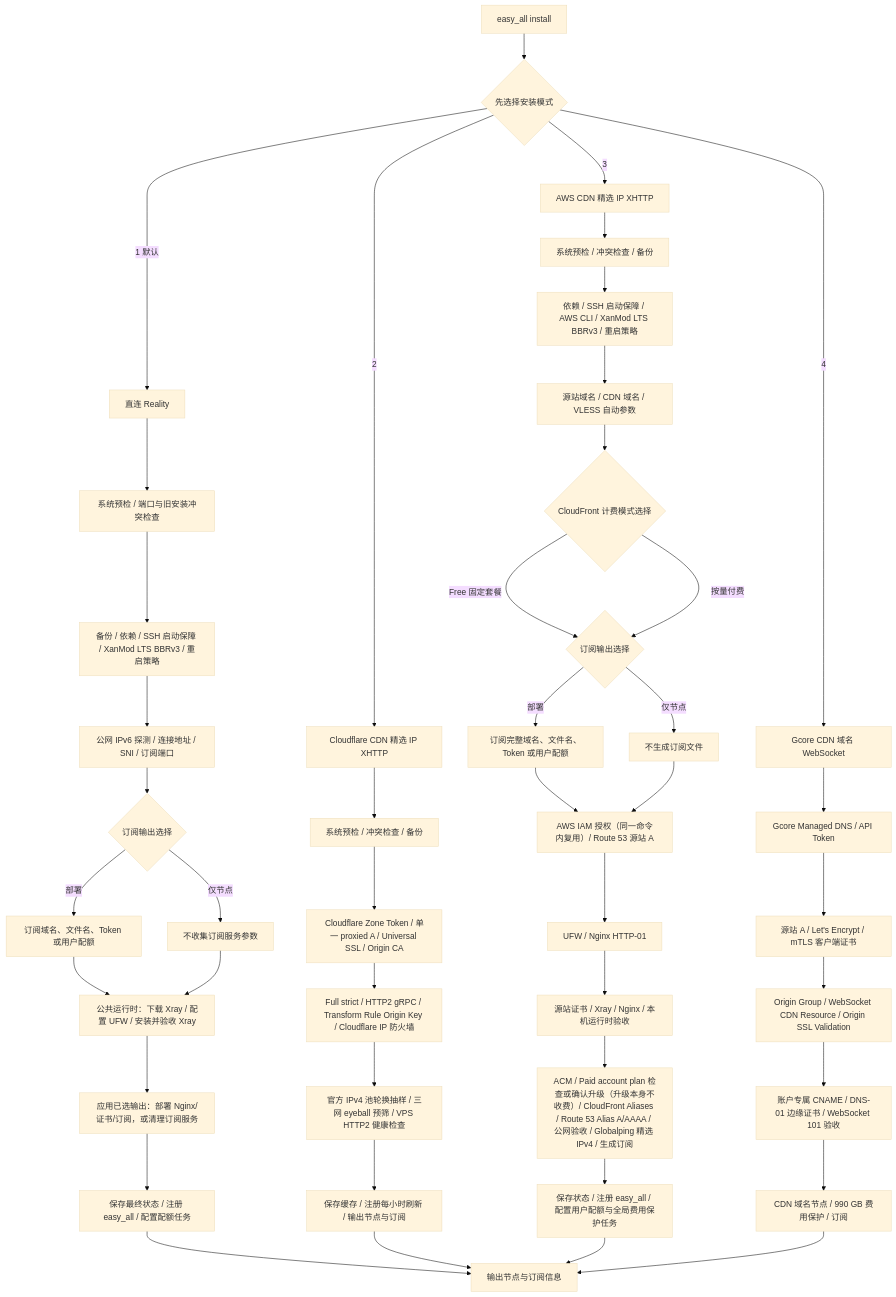
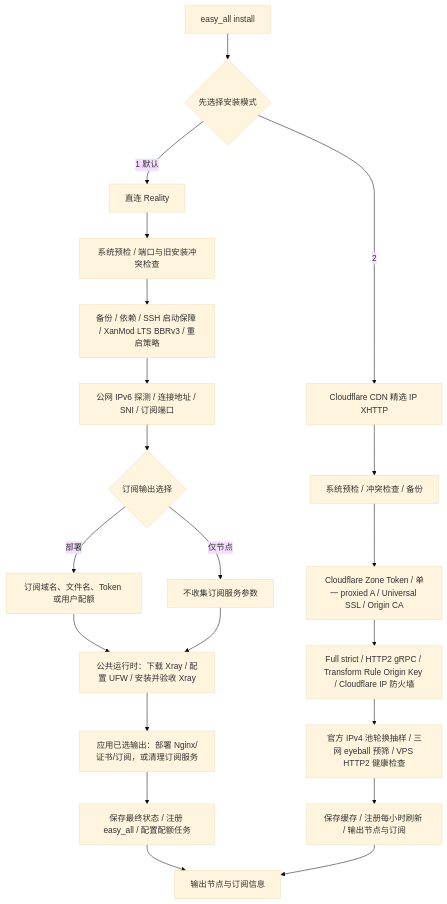
Before and after one commit to v2yiz/easy_all: the diagram in README.md, drawn with Mermaid (base theme). The commit also changed other lines of this file and 40 other files, not shown here.

````diff
--- a/README.md
+++ b/README.md
@@ -85,50 +78,26 @@
 ```mermaid
 flowchart TD
     A[easy_all install] --> B{先选择安装模式}
 
     B -->|1 默认| R0[直连 Reality]
     R0 --> R1[系统预检 / 端口与旧安装冲突检查]
     R1 --> R2[备份 / 依赖 / SSH 启动保障 / XanMod LTS BBRv3 / 重启策略]
     R2 --> R3[公网 IPv6 探测 / 连接地址 / SNI / 订阅端口]
     R3 --> R4{订阅输出选择}
     R4 -->|部署| R5[订阅域名、文件名、Token 或用户配额]
     R4 -->|仅节点| R6[不收集订阅服务参数]
     R5 --> R7[公共运行时：下载 Xray / 配置 UFW / 安装并验收 Xray]
     R6 --> R7
     R7 --> R8[应用已选输出：部署 Nginx/证书/订阅，或清理订阅服务]
     R8 --> R9[保存最终状态 / 注册 easy_all / 配置配额任务]
     R9 --> Z[输出节点与订阅信息]
 
     B -->|2| C0[Cloudflare CDN 精选 IP XHTTP]
     C0 --> C1[系统预检 / 冲突检查 / 备份]
     C1 --> C2[Cloudflare Zone Token / 单一 proxied A / Universal SSL / Origin CA]
     C2 --> C3[Full strict / HTTP2 gRPC / Transform Rule Origin Key / Cloudflare IP 防火墙]
     C3 --> C4[官方 IPv4 池轮换抽样 / 三网 eyeball 预筛 / VPS HTTP2 健康检查]
     C4 --> C5[保存缓存 / 注册每小时刷新 / 输出节点与订阅]
     C5 --> Z
 
-    B -->|3| X0[AWS CDN 精选 IP XHTTP]
-    X0 --> X1[系统预检 / 冲突检查 / 备份]
-    X1 --> X2[依赖 / SSH 启动保障 / AWS CLI / XanMod LTS BBRv3 / 重启策略]
-    X2 --> X3[源站域名 / CDN 域名 / VLESS 自动参数]
-    X3 --> X3A{CloudFront 计费模式选择}
-    X3A -->|Free 固定套餐| X4{订阅输出选择}
-    X3A -->|按量付费| X4
-    X4 -->|部署| X5[订阅完整域名、文件名、Token 或用户配额]
-    X4 -->|仅节点| X6[不生成订阅文件]
-    X5 --> X7[AWS IAM 授权（同一命令内复用）/ Route 53 源站 A]
-    X6 --> X7
-    X7 --> X8[UFW / Nginx HTTP-01]
-    X8 --> X9[源站证书 / Xray / Nginx / 本机运行时验收]
-    X9 --> X10[ACM / Paid account plan 检查或确认升级（升级本身不收费）/ CloudFront Aliases / Route 53 Alias A/AAAA / 公网验收 / Globalping 精选 IPv4 / 生成订阅]
-    X10 --> X11[保存状态 / 注册 easy_all / 配置用户配额与全局费用保护任务]
-    X11 --> Z
-
-    B -->|4| G0[Gcore CDN 域名 WebSocket]
-    G0 --> G1[Gcore Managed DNS / API Token]
-    G1 --> G2[源站 A / Let's Encrypt / mTLS 客户端证书]
-    G2 --> G3[Origin Group / WebSocket CDN Resource / Origin SSL Validation]
-    G3 --> G4[账户专属 CNAME / DNS-01 边缘证书 / WebSocket 101 验收]
-    G4 --> G5[CDN 域名节点 / 990 GB 费用保护 / 订阅]
-    G5 --> Z
 ```
````
